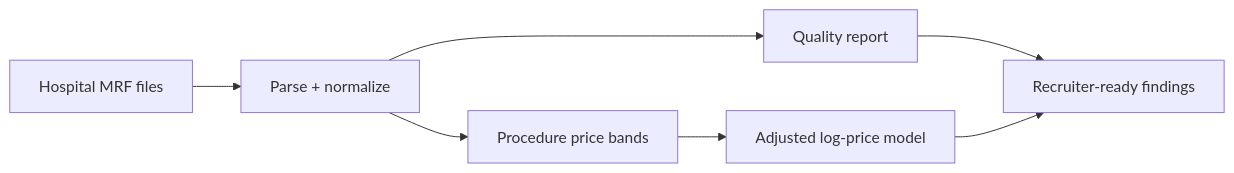
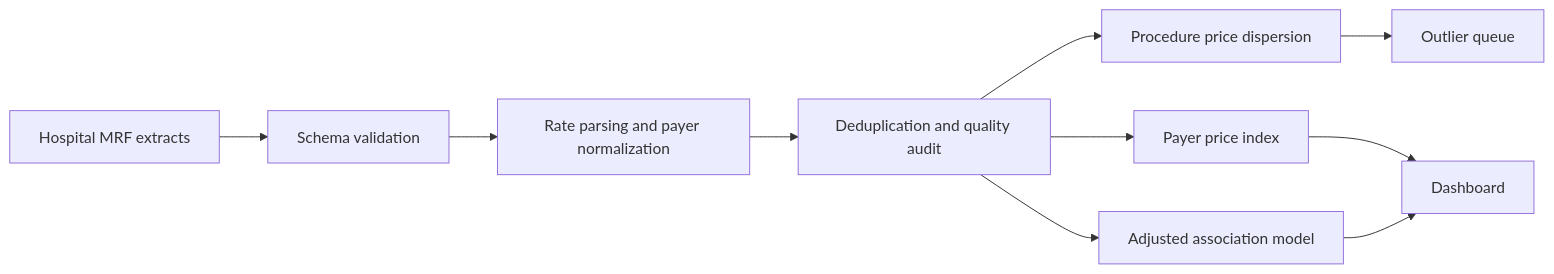
One commit to sagarmandavkar-UX/hospital-price-transparency-analytics changed the diagram in README.md. Above: the diagram before and after it, drawn with Mermaid. The commit also changed other lines of this file and 15 other files, not shown here.

````diff
--- a/README.md
+++ b/README.md
@@ -13,9 +35,12 @@
 ```mermaid
 flowchart LR
-  A[Hospital MRF files] --> B[Parse + normalize]
-  B --> C[Quality report]
-  B --> D[Procedure price bands]
-  D --> E[Adjusted log-price model]
-  C --> F[Recruiter-ready findings]
-  E --> F
+    A[Hospital MRF extracts] --> B[Schema validation]
+    B --> C[Rate parsing and payer normalization]
+    C --> D[Deduplication and quality audit]
+    D --> E[Procedure price dispersion]
+    D --> F[Payer price index]
+    D --> G[Adjusted association model]
+    E --> H[Outlier queue]
+    F --> I[Dashboard]
+    G --> I
 ```
````
